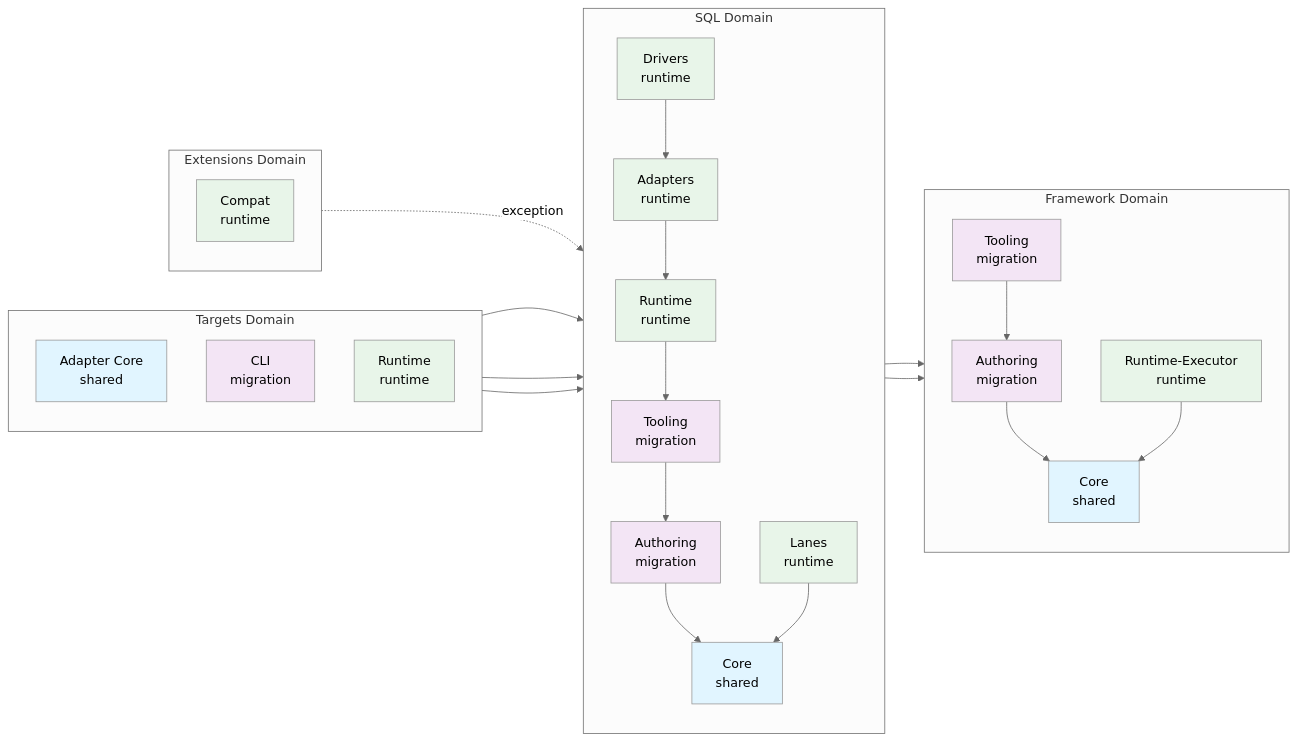
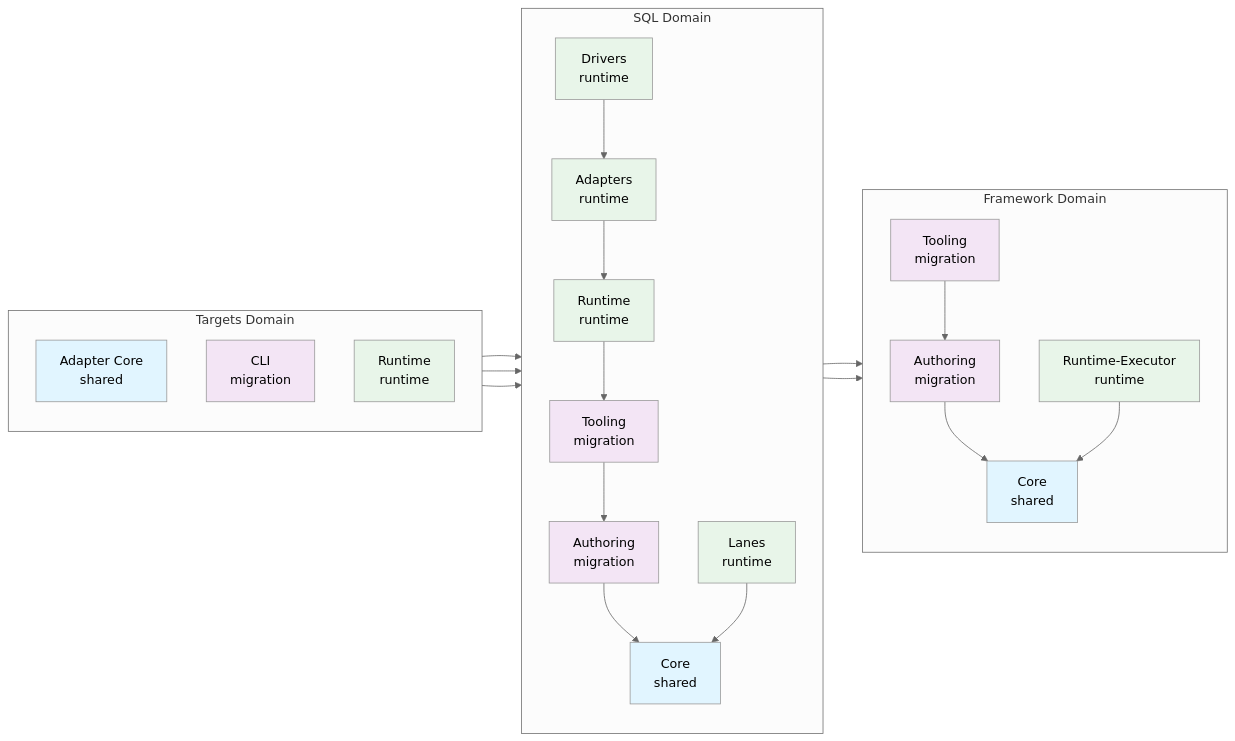
The second of 3 diagrams in docs/architecture docs/domains-planes-layers-graph.md (prisma/prisma-next), drawn with Mermaid (neutral theme) before and after one commit. The commit also changed other lines of this file and 15 other files, not shown here.

````diff
--- a/docs/architecture docs/domains-planes-layers-graph.md
+++ b/docs/architecture docs/domains-planes-layers-graph.md
@@ -128,70 +122,62 @@
 ```mermaid
 graph LR
     subgraph "Framework Domain"
         direction TB
         FW_Core[Core<br/>shared]
         FW_Auth[Authoring<br/>migration]
         FW_Tool[Tooling<br/>migration]
         FW_Runtime[Runtime-Executor<br/>runtime]
 
         FW_Auth --> FW_Core
         FW_Tool --> FW_Auth
         FW_Runtime --> FW_Core
     end
 
     subgraph "SQL Domain"
         direction TB
         SQL_Core[Core<br/>shared]
         SQL_Auth[Authoring<br/>migration]
         SQL_Tool[Tooling<br/>migration]
         SQL_Lanes[Lanes<br/>runtime]
         SQL_Runtime[Runtime<br/>runtime]
         SQL_Adapters[Adapters<br/>runtime]
         SQL_Drivers[Drivers<br/>runtime]
 
         SQL_Auth --> SQL_Core
         SQL_Auth --> FW_Auth
         SQL_Tool --> SQL_Auth
         SQL_Lanes --> SQL_Core
         SQL_Runtime --> SQL_Tool
         SQL_Runtime --> FW_Runtime
         SQL_Adapters --> SQL_Runtime
         SQL_Drivers --> SQL_Adapters
     end
 
     subgraph "Targets Domain"
         direction TB
         Tgt_Core[Adapter Core<br/>shared]
         Tgt_CLI[CLI<br/>migration]
         Tgt_Runtime[Runtime<br/>runtime]
 
         Tgt_CLI --> SQL_Tool
         Tgt_Runtime --> SQL_Runtime
         Tgt_Core --> SQL_Core
     end
 
-    subgraph "Extensions Domain"
-        direction TB
-        Ext_Compat[Compat<br/>runtime]
-
-        Ext_Compat -.->|exception| SQL_Lanes
-    end
-
     style FW_Core fill:#e1f5ff
     style SQL_Core fill:#e1f5ff
     style Tgt_Core fill:#e1f5ff
 
     style FW_Auth fill:#f3e5f5
     style FW_Tool fill:#f3e5f5
     style SQL_Auth fill:#f3e5f5
     style SQL_Tool fill:#f3e5f5
     style Tgt_CLI fill:#f3e5f5
 
     style FW_Runtime fill:#e8f5e9
     style SQL_Lanes fill:#e8f5e9
     style SQL_Runtime fill:#e8f5e9
     style SQL_Adapters fill:#e8f5e9
     style SQL_Drivers fill:#e8f5e9
     style Tgt_Runtime fill:#e8f5e9
-    style Ext_Compat fill:#e8f5e9
 ```
````
